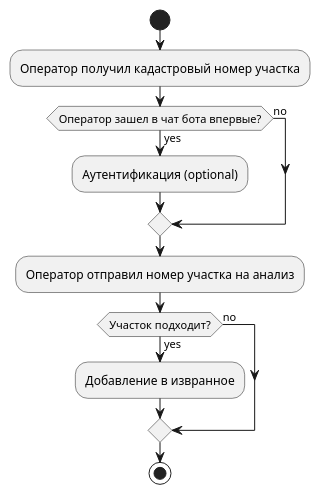
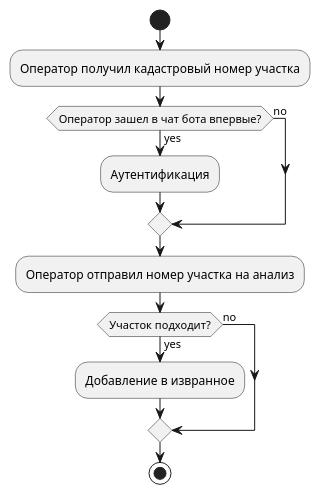
Before and after one commit to lPeresvet/Avtors-Bot: the diagram in doc/activity/activity.puml, drawn with PlantUML. The commit also changed 16 other files, not shown here.

```diff
--- a/doc/activity/activity.puml
+++ b/doc/activity/activity.puml
@@ -1,18 +1,18 @@
 @startuml
 'https://plantuml.com/activity-diagram-beta
 
 start
 :Оператор получил кадастровый номер участка;
 if (Оператор зашел в чат бота впервые?) then (yes)
-  :Аутентификация (optional);
+  :Аутентификация;
 else (no)
 endif
 :Оператор отправил номер участка на анализ;
 if (Участок подходит?) then (yes)
   :Добавление в извранное;
 else (no)
 endif
 
 stop
 
 @enduml
```
